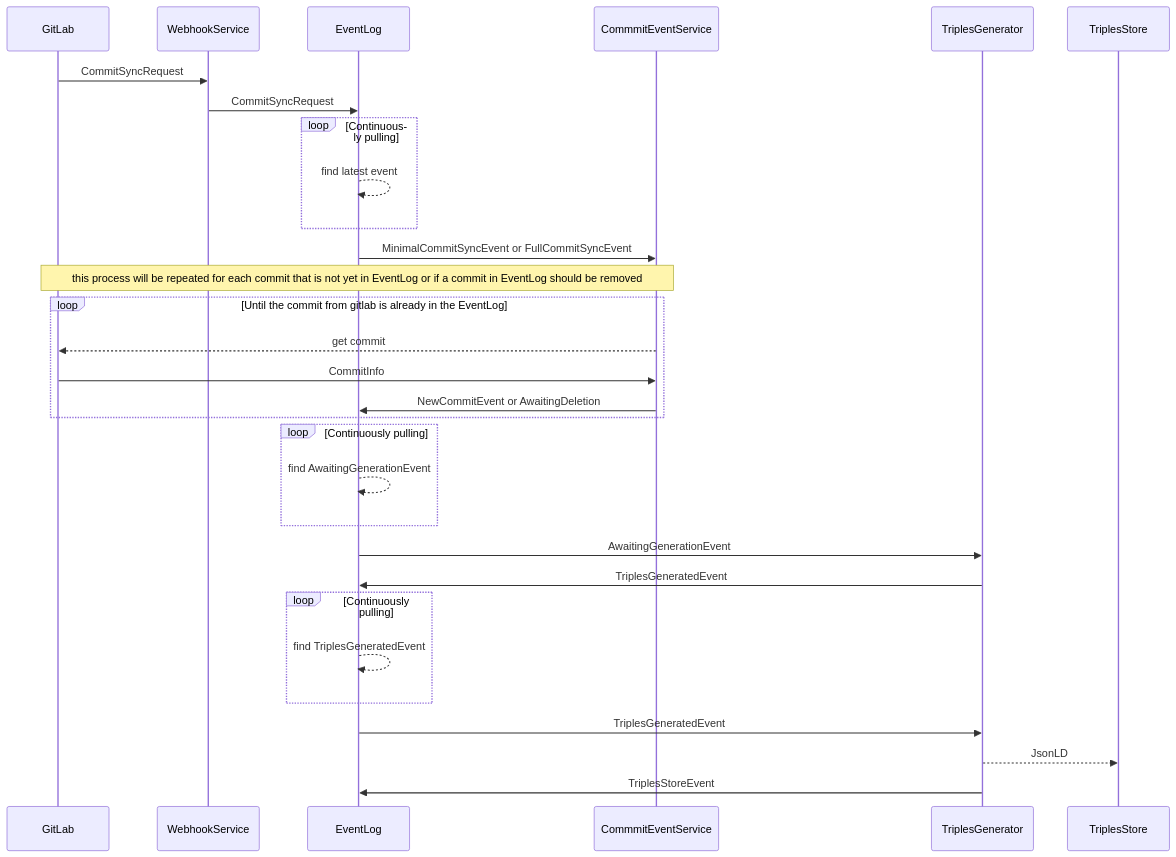
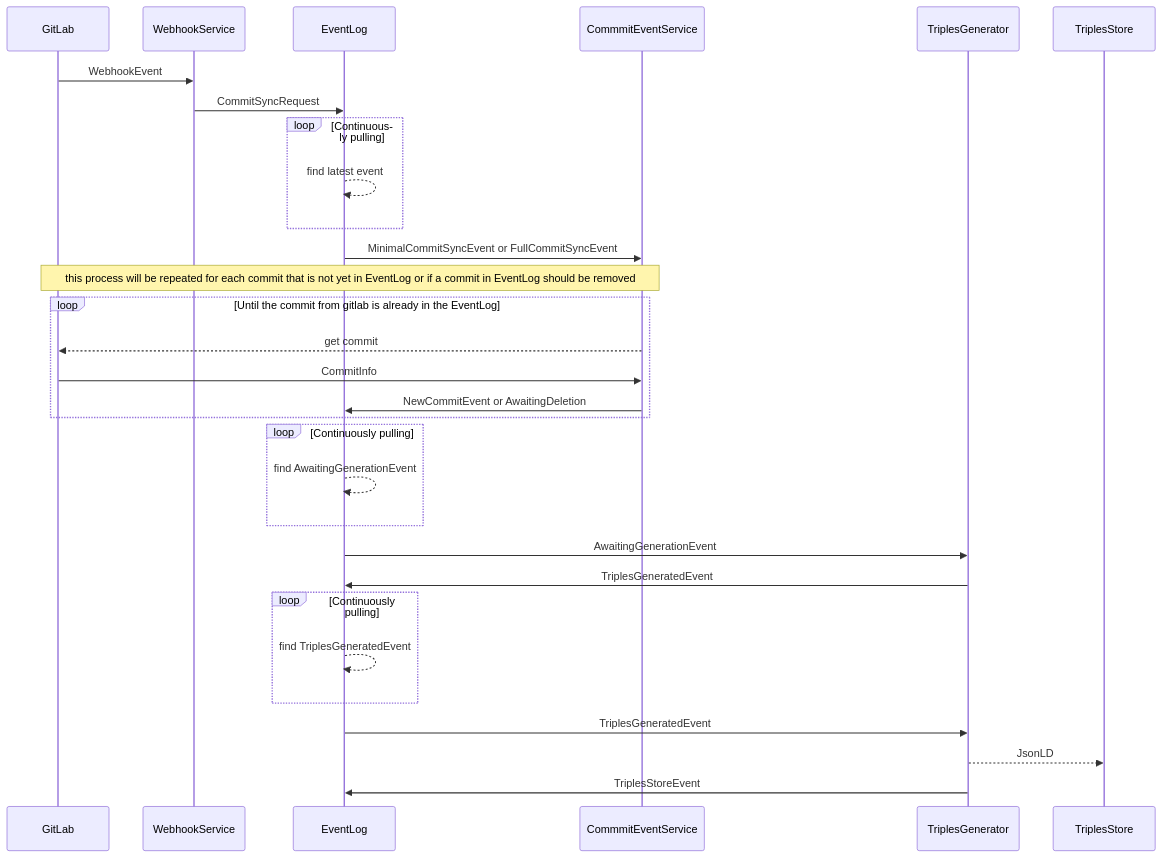
The first of 2 diagrams in README.md (SwissDataScienceCenter/renku-graph), drawn with Mermaid before and after one commit. The commit also changed other lines of this file, not shown here.

````diff
--- a/README.md
+++ b/README.md
@@ -51,32 +51,32 @@
 ```mermaid
 sequenceDiagram
     participant GitLab
     participant WebhookService
     participant EventLog
     participant CommmitEventService
     participant TriplesGenerator
     participant TriplesStore
-    GitLab ->>WebhookService: CommitSyncRequest
+    GitLab ->>WebhookService: WebhookEvent
     WebhookService ->>EventLog: CommitSyncRequest 
     loop Continuously pulling
     EventLog -->>EventLog: find latest event 
     end
     EventLog ->>CommmitEventService: MinimalCommitSyncEvent or FullCommitSyncEvent
     Note over CommmitEventService, GitLab: this process will be repeated for each commit that is not yet in EventLog or if a commit in EventLog should be removed
     loop Until the commit from gitlab is already in the EventLog
     CommmitEventService -->>GitLab: get commit
     GitLab ->>CommmitEventService: CommitInfo
     CommmitEventService ->>EventLog: NewCommitEvent or AwaitingDeletion
     end
     loop Continuously pulling
     EventLog -->>EventLog: find AwaitingGenerationEvent
     end
     EventLog ->>TriplesGenerator: AwaitingGenerationEvent
     TriplesGenerator ->>EventLog: TriplesGeneratedEvent
     loop Continuously pulling
     EventLog -->>EventLog: find TriplesGeneratedEvent
     end
     EventLog ->>TriplesGenerator: TriplesGeneratedEvent
     TriplesGenerator -->>TriplesStore: JsonLD
     TriplesGenerator ->>EventLog: TriplesStoreEvent
 ```
````
